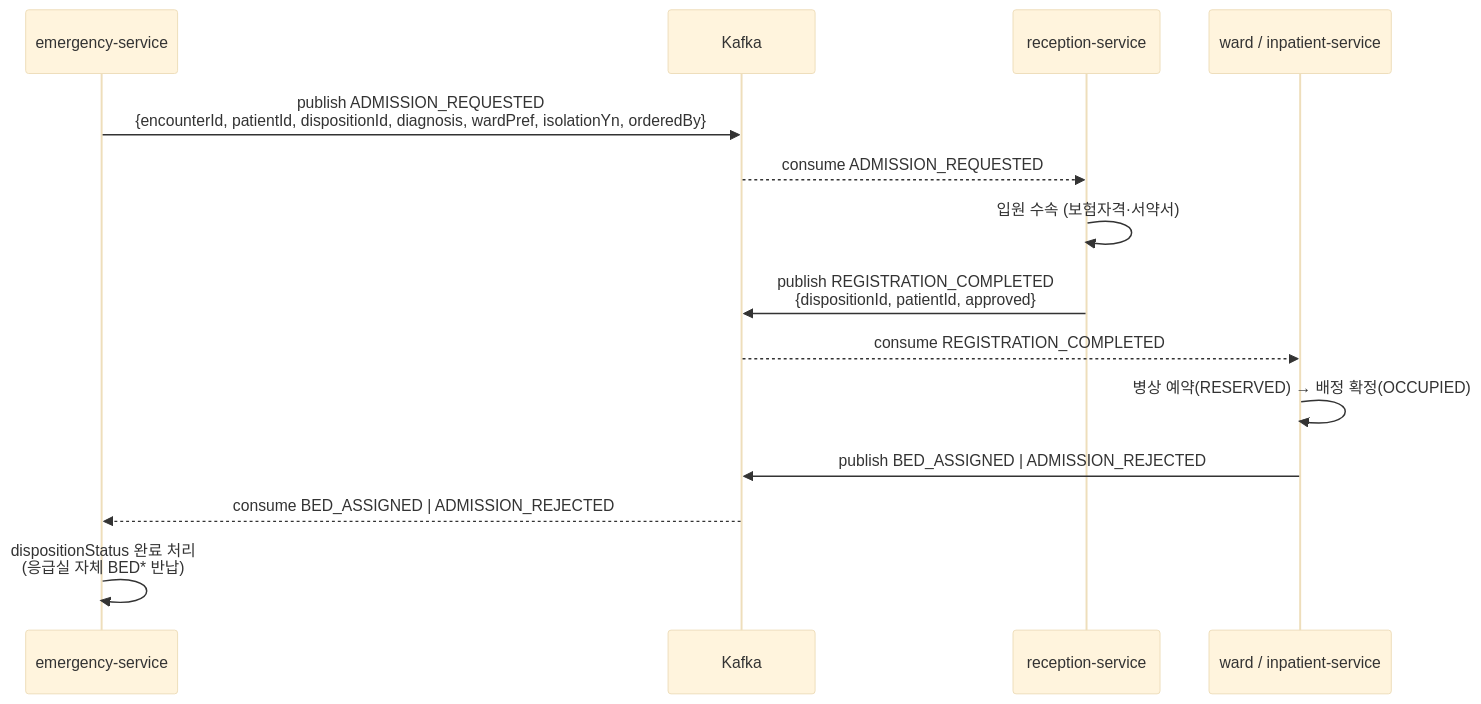
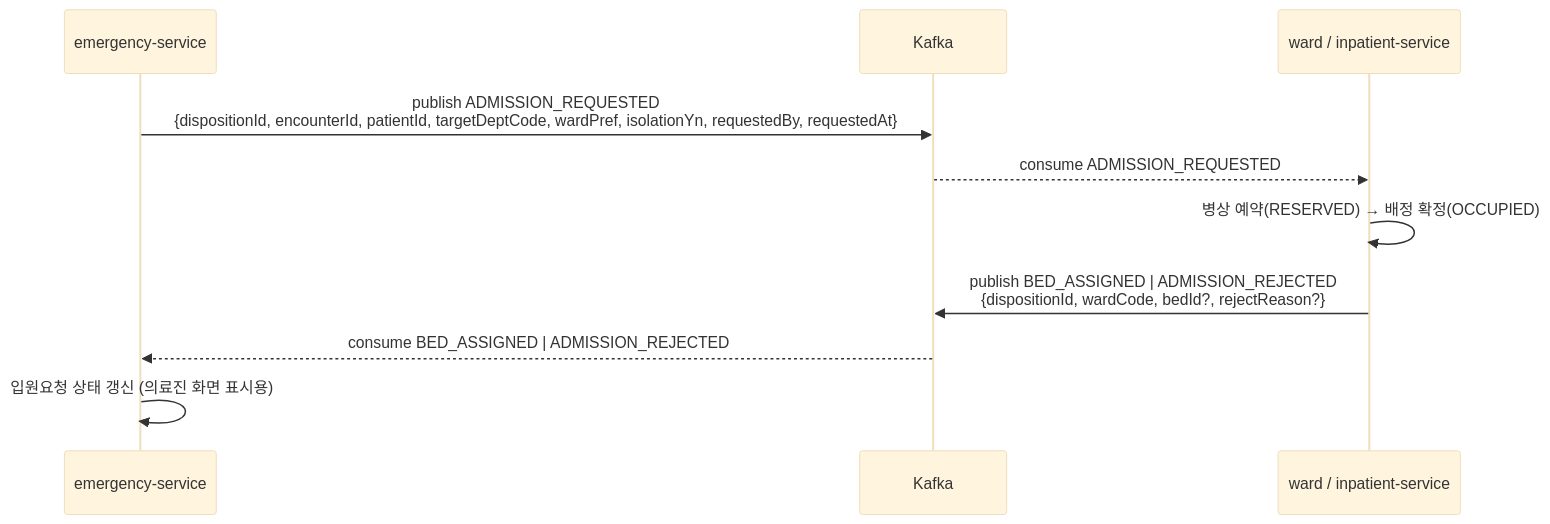
One commit to SEOUL-IT-HIS/emergency-service changed the seventh of 8 diagrams in docs/flow.md. Above: the diagram before and after it, drawn with Mermaid (base theme). The commit also changed other lines of this file and 8 other files, not shown here.

Commit message:
UD2-14 1. 문서 갱신 - 입원요청을 응급→병동 직접 흐름으로 정정(원무 경유 제거, 응급실 병상 자동 반납 없음), 처치·투약·CPR·입원요청·전원 소견서 조회 API 반영(api.md, flow.md, architecture.md, requirements.md) 기능수정 2. 더 이상 쓰지 않는 코드 생성 스크립트(scripts/gen-*.js 5개) 삭제 - 재실행하면 최신 코드가 옛 버전으로 덮어써짐 기능삭제

````diff
--- a/docs/flow.md
+++ b/docs/flow.md
@@ -161,17 +161,13 @@
 ```mermaid
 sequenceDiagram
   participant EMG as emergency-service
   participant Kafka as Kafka
-  participant RCP as reception-service
   participant IPT as ward / inpatient-service
 
-  EMG->>Kafka: publish ADMISSION_REQUESTED<br/>{encounterId, patientId, dispositionId, diagnosis, wardPref, isolationYn, orderedBy}
-  Kafka-->>RCP: consume ADMISSION_REQUESTED
-  RCP->>RCP: 입원 수속 (보험자격·서약서)
-  RCP->>Kafka: publish REGISTRATION_COMPLETED<br/>{dispositionId, patientId, approved}
-  Kafka-->>IPT: consume REGISTRATION_COMPLETED
+  EMG->>Kafka: publish ADMISSION_REQUESTED<br/>{dispositionId, encounterId, patientId, targetDeptCode, wardPref, isolationYn, requestedBy, requestedAt}
+  Kafka-->>IPT: consume ADMISSION_REQUESTED
   IPT->>IPT: 병상 예약(RESERVED) → 배정 확정(OCCUPIED)
-  IPT->>Kafka: publish BED_ASSIGNED | ADMISSION_REJECTED
+  IPT->>Kafka: publish BED_ASSIGNED | ADMISSION_REJECTED<br/>{dispositionId, wardCode, bedId?, rejectReason?}
   Kafka-->>EMG: consume BED_ASSIGNED | ADMISSION_REJECTED
-  EMG->>EMG: dispositionStatus 완료 처리<br/>(응급실 자체 BED* 반납)
+  EMG->>EMG: 입원요청 상태 갱신 (의료진 화면 표시용)
 ```
````
